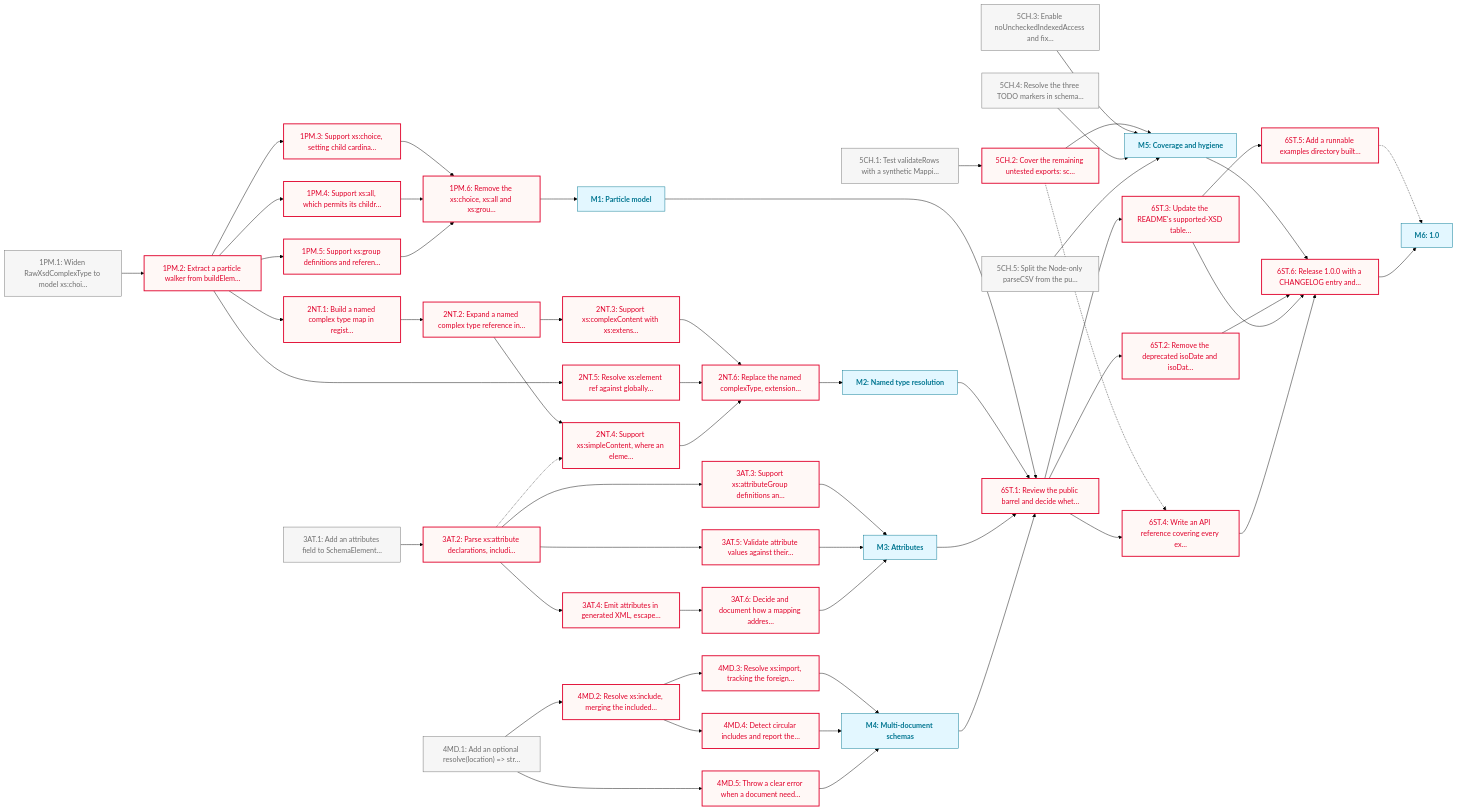
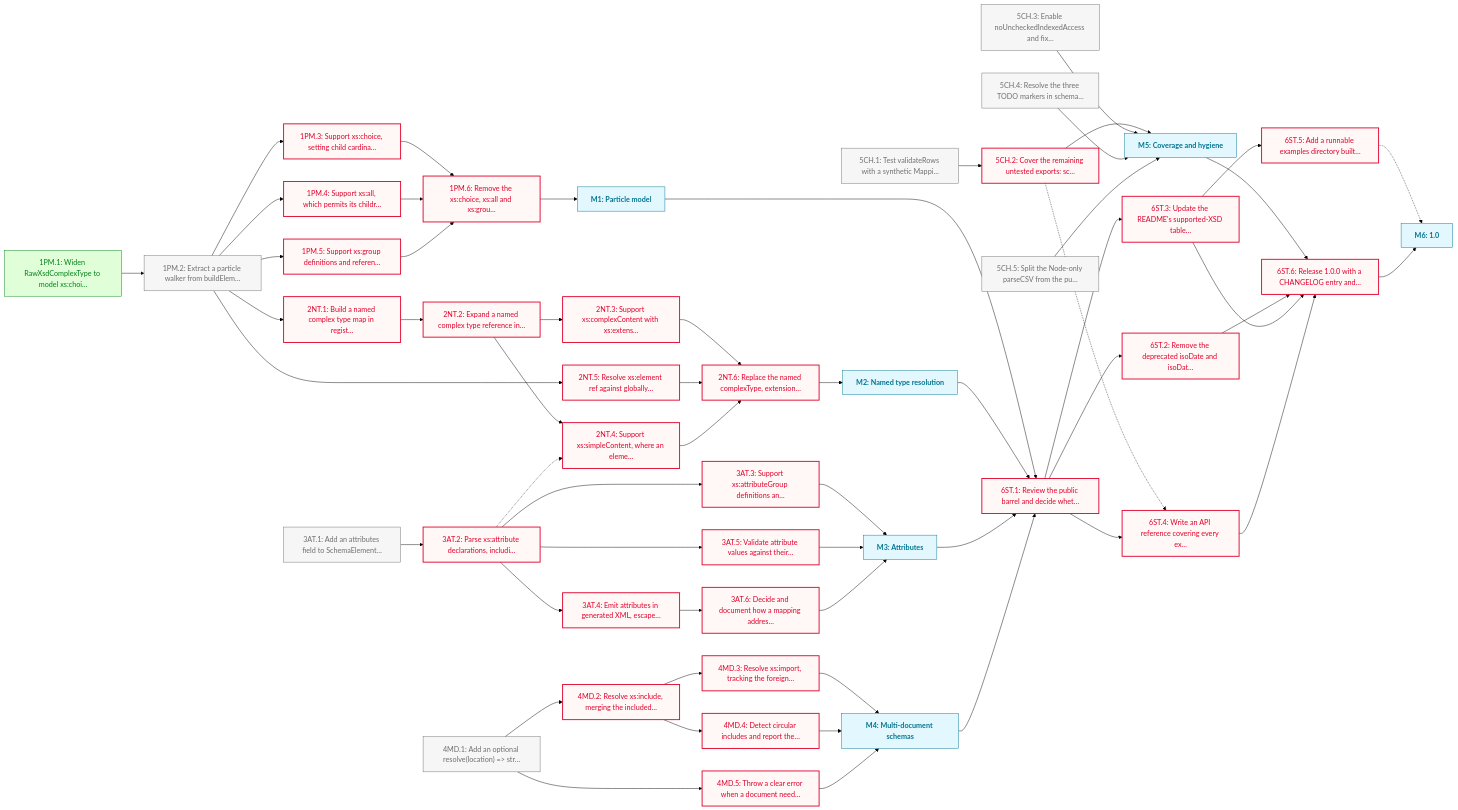
One commit to JasonWarrenUK/schema-forge changed the diagram in docs/roadmaps/PHASE_1.md. Above: the diagram before and after it, drawn with Mermaid (forest theme). The commit also changed other lines of this file, not shown here.

First line of the commit message:
docs(roadmap): tick 1PM.1 and note sibling-order loss

````diff
--- a/docs/roadmaps/PHASE_1.md
+++ b/docs/roadmaps/PHASE_1.md
@@ -199,6 +201,7 @@
 	6ST.4 --> 6ST.6
 	6ST.5 -.-> M6
 	6ST.6 --> M6
-	class 1PM.1,3AT.1,4MD.1,5CH.1,5CH.3,5CH.4,5CH.5 todo
-	class 1PM.2,1PM.3,1PM.4,1PM.5,1PM.6,2NT.1,2NT.2,2NT.3,2NT.4,2NT.5,2NT.6,3AT.2,3AT.3,3AT.4,3AT.5,3AT.6,4MD.2,4MD.3,4MD.4,4MD.5,5CH.2,6ST.1,6ST.2,6ST.3,6ST.4,6ST.5,6ST.6 blocked
+	class 1PM.1 done
+	class 1PM.2,3AT.1,4MD.1,5CH.1,5CH.3,5CH.4,5CH.5 todo
+	class 1PM.3,1PM.4,1PM.5,1PM.6,2NT.1,2NT.2,2NT.3,2NT.4,2NT.5,2NT.6,3AT.2,3AT.3,3AT.4,3AT.5,3AT.6,4MD.2,4MD.3,4MD.4,4MD.5,5CH.2,6ST.1,6ST.2,6ST.3,6ST.4,6ST.5,6ST.6 blocked
 ```
````
